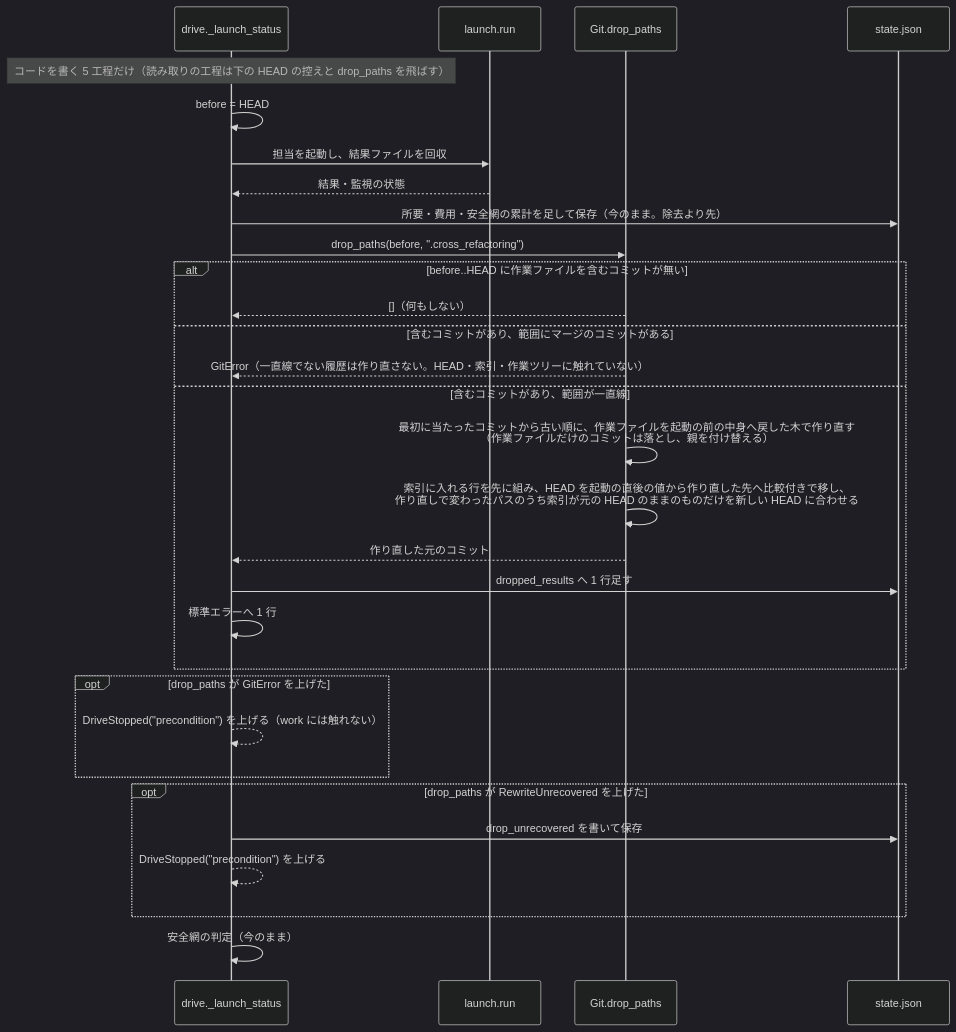
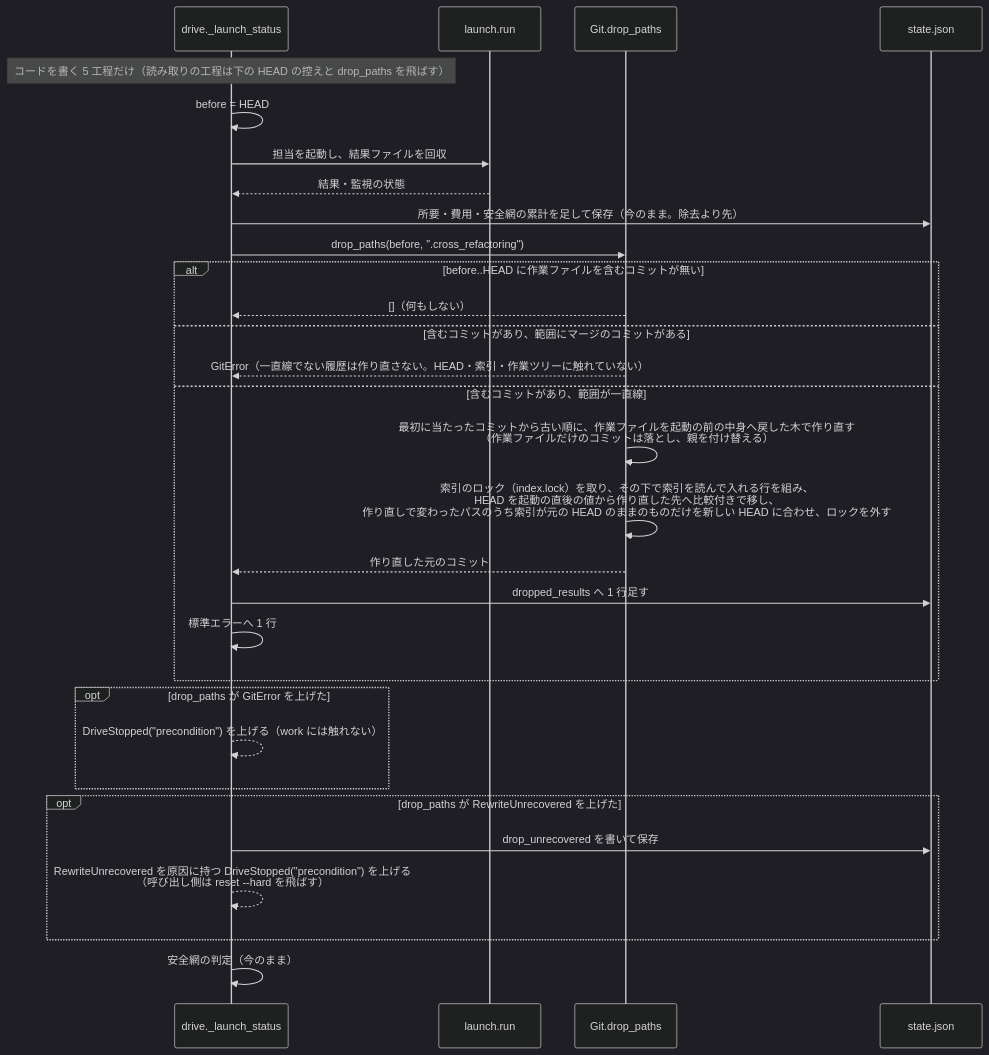
The fourth of 4 diagrams in issues/issue-3500-design.md (devbasex/ai-plugins), drawn with Mermaid (dark theme) before and after one commit. The commit also changed other lines of this file, not shown here.

Commit message:
Docs: #3500 の設計を cross-review の 3 巡目の指摘で直す（戻せない失敗で後片付けを飛ばす・復旧の確かめを prepare の前に・索引のロック・バイトのまま扱う）

````diff
--- a/issues/issue-3500-design.md
+++ b/issues/issue-3500-design.md
@@ -83,32 +85,32 @@
 ```mermaid
 sequenceDiagram
   participant D as drive._launch_status
   participant L as launch.run
   participant G as Git.drop_paths
   participant S as state.json
   Note over D: コードを書く 5 工程だけ（読み取りの工程は下の HEAD の控えと drop_paths を飛ばす）
   D->>D: before = HEAD
   D->>L: 担当を起動し、結果ファイルを回収
   L-->>D: 結果・監視の状態
   D->>S: 所要・費用・安全網の累計を足して保存（今のまま。除去より先）
   D->>G: drop_paths(before, ".cross_refactoring")
   alt before..HEAD に作業ファイルを含むコミットが無い
     G-->>D: []（何もしない）
   else 含むコミットがあり、範囲にマージのコミットがある
     G-->>D: GitError（一直線でない履歴は作り直さない。HEAD・索引・作業ツリーに触れていない）
   else 含むコミットがあり、範囲が一直線
     G->>G: 最初に当たったコミットから古い順に、作業ファイルを起動の前の中身へ戻した木で作り直す<br/>（作業ファイルだけのコミットは落とし、親を付け替える）
-    G->>G: 索引に入れる行を先に組み、HEAD を起動の直後の値から作り直した先へ比較付きで移し、<br/>作り直しで変わったパスのうち索引が元の HEAD のままのものだけを新しい HEAD に合わせる
+    G->>G: 索引のロック（index.lock）を取り、その下で索引を読んで入れる行を組み、<br/>HEAD を起動の直後の値から作り直した先へ比較付きで移し、<br/>作り直しで変わったパスのうち索引が元の HEAD のままのものだけを新しい HEAD に合わせ、ロックを外す
     G-->>D: 作り直した元のコミット
     D->>S: dropped_results へ 1 行足す
     D->>D: 標準エラーへ 1 行
   end
   opt drop_paths が GitError を上げた
     D-->>D: DriveStopped("precondition") を上げる（work には触れない）
   end
   opt drop_paths が RewriteUnrecovered を上げた
     D->>S: drop_unrecovered を書いて保存
-    D-->>D: DriveStopped("precondition") を上げる
+    D-->>D: RewriteUnrecovered を原因に持つ DriveStopped("precondition") を上げる<br/>（呼び出し側は reset --hard を飛ばす）
   end
   D->>D: 安全網の判定（今のまま）
 ```
````
